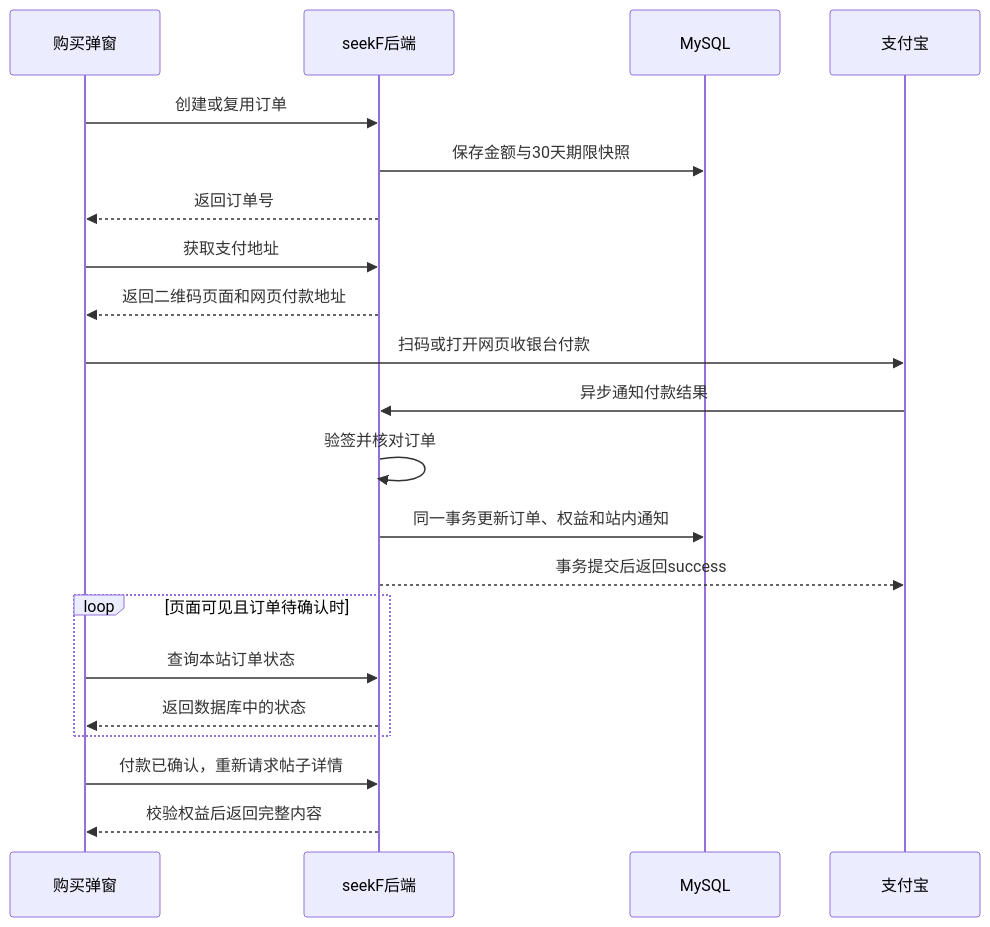
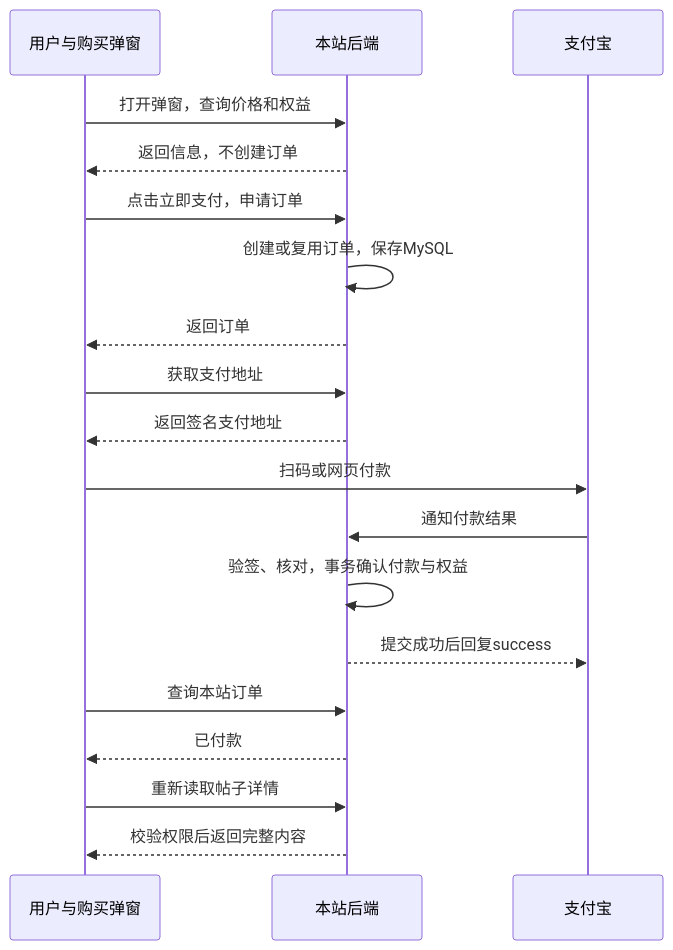
Before and after one commit to calmking4/seekF: the diagram in seekF-backend/docs/支付.md, drawn with Mermaid. The commit also changed other lines of this file and 11 other files, not shown here.

````diff
--- a/seekF-backend/docs/支付.md
+++ b/seekF-backend/docs/支付.md
@@ -19,23 +17,21 @@
 ```mermaid
 sequenceDiagram
-    participant F as 购买弹窗
-    participant B as seekF后端
-    participant D as MySQL
+    participant U as 用户与购买弹窗
+    participant B as 本站后端
     participant A as 支付宝
-    F->>B: 创建或复用订单
-    B->>D: 保存金额与30天期限快照
-    B-->>F: 返回订单号
-    F->>B: 获取支付地址
-    B-->>F: 返回二维码页面和网页付款地址
-    F->>A: 扫码或打开网页收银台付款
-    A->>B: 异步通知付款结果
-    B->>B: 验签并核对订单
-    B->>D: 同一事务更新订单、权益和站内通知
-    B-->>A: 事务提交后返回success
-    loop 页面可见且订单待确认时
-        F->>B: 查询本站订单状态
-        B-->>F: 返回数据库中的状态
-    end
-    F->>B: 付款已确认，重新请求帖子详情
-    B-->>F: 校验权益后返回完整内容
+    U->>B: 打开弹窗，查询价格和权益
+    B-->>U: 返回信息，不创建订单
+    U->>B: 点击立即支付，申请订单
+    B->>B: 创建或复用订单，保存MySQL
+    B-->>U: 返回订单
+    U->>B: 获取支付地址
+    B-->>U: 返回签名支付地址
+    U->>A: 扫码或网页付款
+    A->>B: 通知付款结果
+    B->>B: 验签、核对，事务确认付款与权益
+    B-->>A: 提交成功后回复success
+    U->>B: 查询本站订单
+    B-->>U: 已付款
+    U->>B: 重新读取帖子详情
+    B-->>U: 校验权限后返回完整内容
 ```
````
